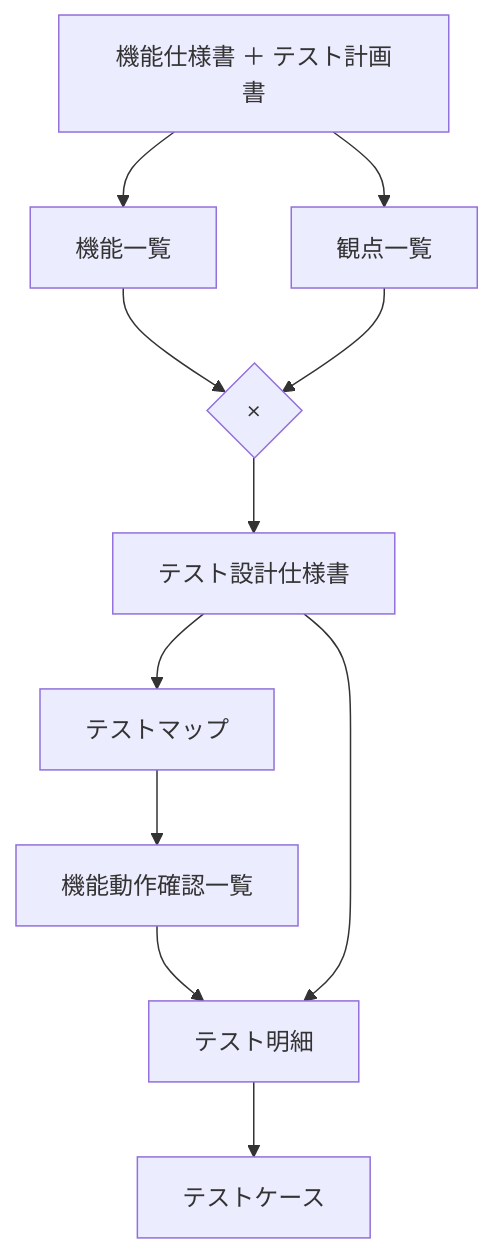
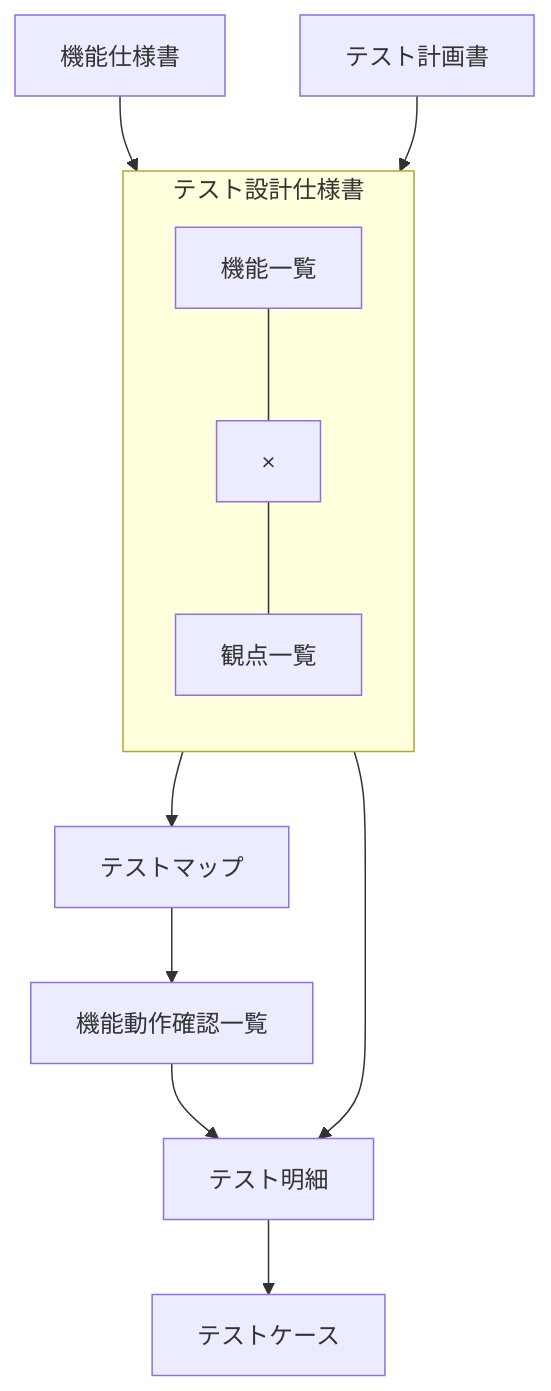
The diagram in templates/documentation/test-design-specification.md (yuusakuri/dev-rules), drawn with Mermaid before and after one commit. The commit also changed other lines of this file and 2 other files, not shown here.

Commit message:
docs(testing): テンプレートを元資料に合わせて整える
templates/README.md の備考を「ISO/IEC/IEEE 29119に対応する。」に改めた。

Test Design Specification の2章の図は、機能一覧と観点一覧をテスト設計仕様書の
内部要素として subgraph にまとめた。適用範囲の表を4行にした。

Test Plan は、5章の図の成果物の流れをテストケースからテストログへとし、
中間生成物の表を空欄2行に、※2の注記を元の文に戻した。8.5の6行目以降と
9.1の記入例を空欄に戻し、10.8の番号と17章の記入欄を削除した。
12.1の比較機の説明に「※」を付けた。

````diff
--- a/templates/documentation/test-design-specification.md
+++ b/templates/documentation/test-design-specification.md
@@ -91,16 +92,20 @@
 ```mermaid
 flowchart TD
-    SRC["機能仕様書 ＋ テスト計画書"]
-    SRC --> FL["機能一覧"]
-    SRC --> VL["観点一覧"]
+    FS["機能仕様書"] --> TDS
+    TP["テスト計画書"] --> TDS
 
-    FL --> X{"×"}
-    VL --> X
-    X --> TDS["テスト設計仕様書"]
+    subgraph TDS["テスト設計仕様書"]
+        direction TB
+        FL["機能一覧"]
+        X["×"]
+        VL["観点一覧"]
+        FL --- X
+        X --- VL
+    end
 
     TDS --> TM["テストマップ"]
     TM --> FC["機能動作確認一覧"]
     FC --> DETAIL["テスト明細"]
     TDS --> DETAIL
     DETAIL --> CASE["テストケース"]
 ```
````
